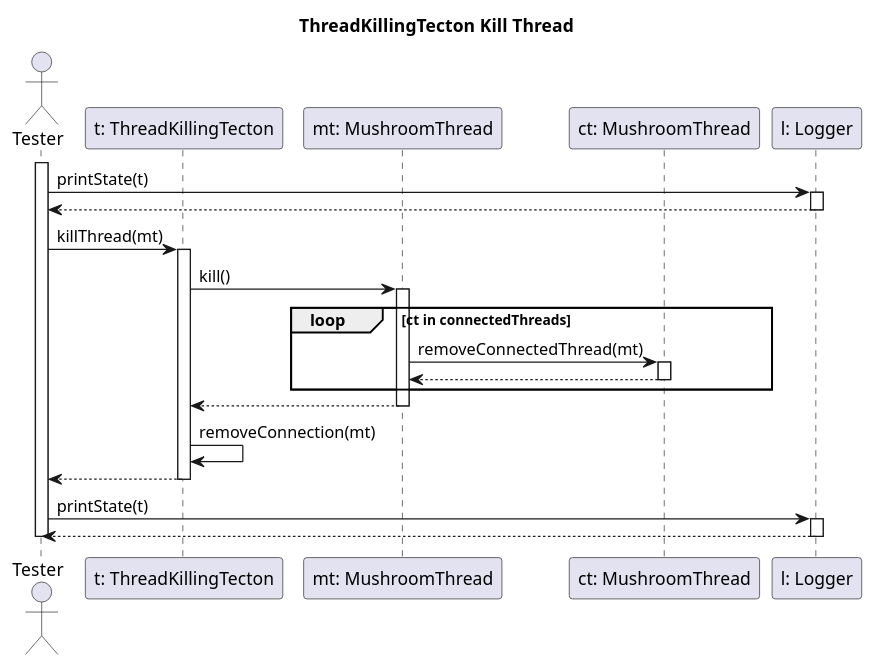
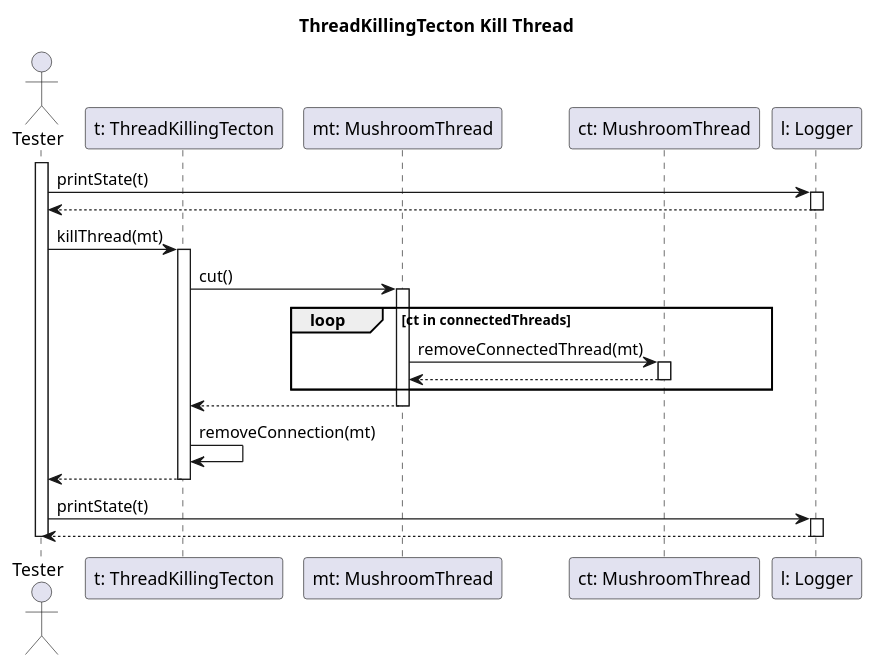
The diagram in diagrams/test-sequence/threadKillingTectonKillThread.puml (dzsem/projlab), drawn with PlantUML before and after one commit.

Commit message:
Rename MushroomThread.kill call to cut

```diff
--- a/diagrams/test-sequence/threadKillingTectonKillThread.puml
+++ b/diagrams/test-sequence/threadKillingTectonKillThread.puml
@@ -1,47 +1,47 @@
 @startuml threadKillingTectonKillThreadTest
 
 title ThreadKillingTecton Kill Thread
 
 actor "Tester" as tst
 participant "t: ThreadKillingTecton" as t
 participant "mt: MushroomThread" as mt
 participant "ct: MushroomThread" as ct
 participant "l: Logger" as l
 
 activate tst
 
 tst -> l: printState(t)
 activate l
 tst <-- l
 deactivate l
 
 tst -> t: killThread(mt)
 activate t
 
-t -> mt: kill()
+t -> mt: cut()
 activate mt
 
 loop ct in connectedThreads
     mt -> ct: removeConnectedThread(mt)
     activate ct
 
     mt <-- ct
     deactivate ct
 end
 
 t <-- mt
 deactivate mt
 
 t -> t: removeConnection(mt)
 
 tst <-- t
 deactivate t
 
 tst -> l: printState(t)
 activate l
 tst <-- l
 deactivate l
 
 deactivate tst
 
 @enduml
```
